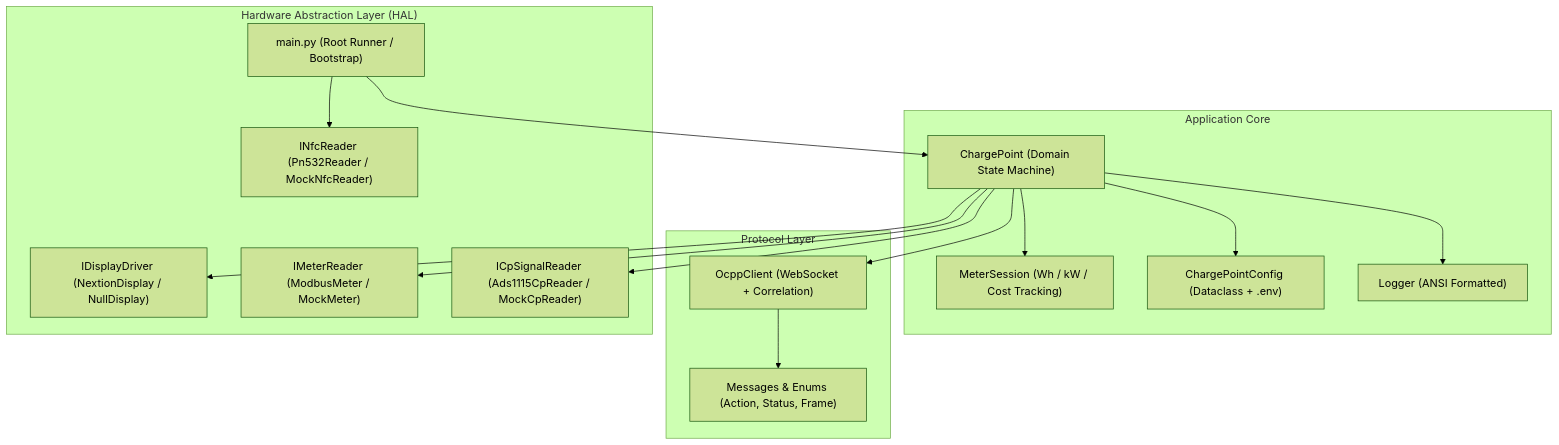
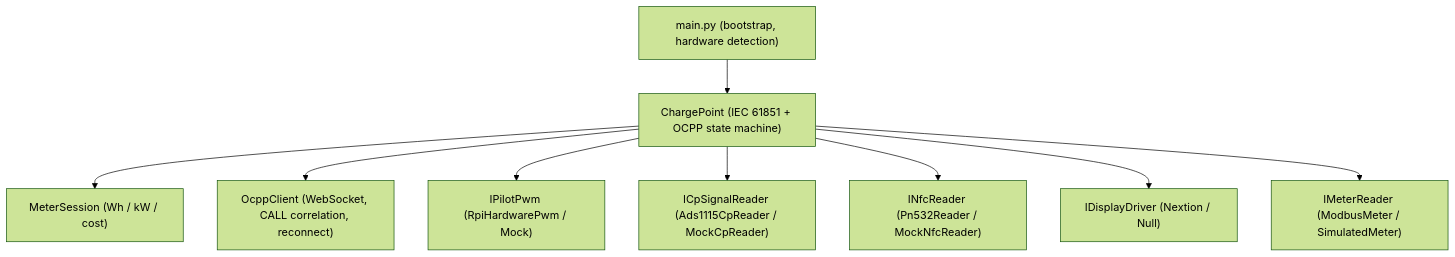
One commit to hasanyildiz12/ocpp-evse-charger-sim changed the diagram in README.md. Above: the diagram before and after it, drawn with Mermaid (forest theme). The commit also changed other lines of this file and 27 other files, not shown here.

````diff
--- a/README.md
+++ b/README.md
@@ -98,22 +51,11 @@
 ```mermaid
 graph TD
-    A["main.py (Root Runner / Bootstrap)"] --> B["ChargePoint (Domain State Machine)"]
-    
-    subgraph "Application Core"
-        B --> C["MeterSession (Wh / kW / Cost Tracking)"]
-        B --> D["ChargePointConfig (Dataclass + .env)"]
-        B --> L["Logger (ANSI Formatted)"]
-    end
-
-    subgraph "Protocol Layer"
-        B --> E["OcppClient (WebSocket + Correlation)"]
-        E --> F["Messages & Enums (Action, Status, Frame)"]
-    end
-
-    subgraph "Hardware Abstraction Layer (HAL)"
-        B --> G["IDisplayDriver (NextionDisplay / NullDisplay)"]
-        B --> H["IMeterReader (ModbusMeter / MockMeter)"]
-        B --> I["ICpSignalReader (Ads1115CpReader / MockCpReader)"]
-        A --> J["INfcReader (Pn532Reader / MockNfcReader)"]
-    end
+    A["main.py (bootstrap, hardware detection)"] --> B["ChargePoint (IEC 61851 + OCPP state machine)"]
+    B --> C["MeterSession (Wh / kW / cost)"]
+    B --> E["OcppClient (WebSocket, CALL correlation, reconnect)"]
+    B --> P["IPilotPwm (RpiHardwarePwm / Mock)"]
+    B --> I["ICpSignalReader (Ads1115CpReader / MockCpReader)"]
+    B --> N["INfcReader (Pn532Reader / MockNfcReader)"]
+    B --> G["IDisplayDriver (Nextion / Null)"]
+    B --> H["IMeterReader (ModbusMeter / SimulatedMeter)"]
 ```
````
